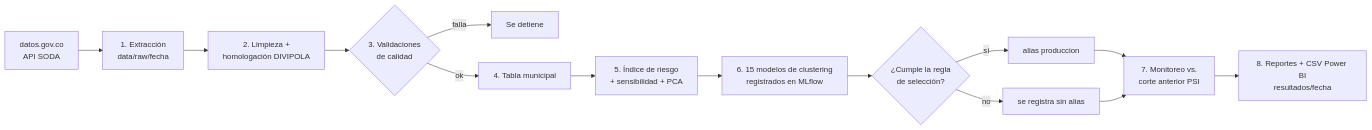
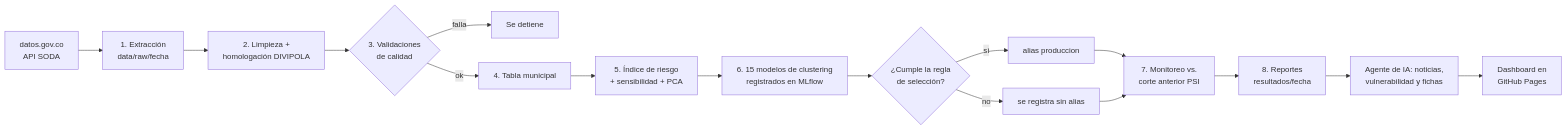
Before and after one commit to DABO-lab/riesgo-acceso-salud: the first of 2 diagrams in README.md, drawn with Mermaid. The commit also changed other lines of this file and 2 other files, not shown here.

First line of the commit message:
README y documentación al día: dashboard, agente de IA y resultados del 12 de noviembre

````diff
--- a/README.md
+++ b/README.md
@@ -24,16 +36,18 @@
 ```mermaid
 flowchart LR
     A[datos.gov.co<br/>API SODA] --> B[1. Extracción<br/>data/raw/fecha]
     B --> C[2. Limpieza +<br/>homologación DIVIPOLA]
     C --> D{3. Validaciones<br/>de calidad}
     D -- falla --> X[Se detiene]
     D -- ok --> E[4. Tabla municipal]
     E --> F[5. Índice de riesgo<br/>+ sensibilidad + PCA]
     F --> G[6. 15 modelos de clustering<br/>registrados en MLflow]
     G --> H{¿Cumple la regla<br/>de selección?}
     H -- sí --> H1[alias produccion]
     H -- no --> H2[se registra sin alias]
     H1 --> I[7. Monitoreo vs.<br/>corte anterior PSI]
     H2 --> I
-    I --> J[8. Reportes + CSV Power BI<br/>resultados/fecha]
+    I --> J[8. Reportes<br/>resultados/fecha]
+    J --> K[Agente de IA: noticias,<br/>vulnerabilidad y fichas]
+    K --> L[Dashboard en<br/>GitHub Pages]
 ```
````
